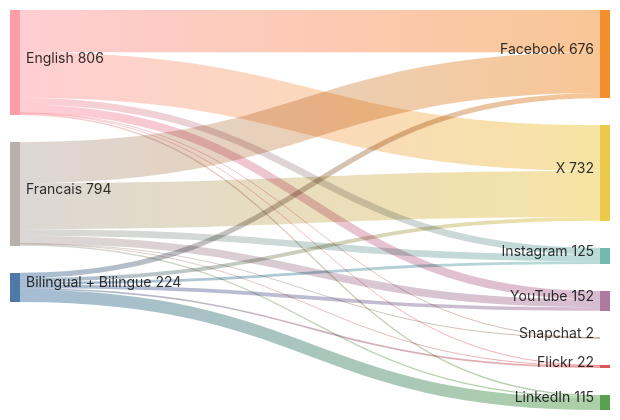
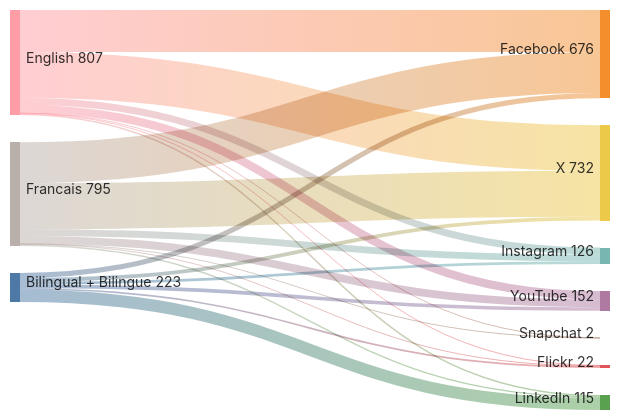
The diagram in sankey_diagram.md (PatLittle/GC-Socials), drawn with Mermaid before and after one commit.

Commit message:
Update Sankey diagram for the most recent day

````diff
--- a/sankey_diagram.md
+++ b/sankey_diagram.md
@@ -1,23 +1,23 @@
 ```mermaid
 sankey-beta
   Bilingual + Bilingue,Facebook,39
   Bilingual + Bilingue,Flickr,13
-  Bilingual + Bilingue,Instagram,22
+  Bilingual + Bilingue,Instagram,21
   Bilingual + Bilingue,LinkedIn,93
   Bilingual + Bilingue,X,29
   Bilingual + Bilingue,YouTube,28
   English,Facebook,323
   English,Flickr,5
-  English,Instagram,52
+  English,Instagram,53
   English,LinkedIn,11
   English,Snapchat,1
   English,X,350
   English,YouTube,64
   Francais,Facebook,314
   Francais,Flickr,4
-  Francais,Instagram,51
+  Francais,Instagram,52
   Francais,LinkedIn,11
   Francais,Snapchat,1
   Francais,X,353
   Francais,YouTube,60
 ```
````
